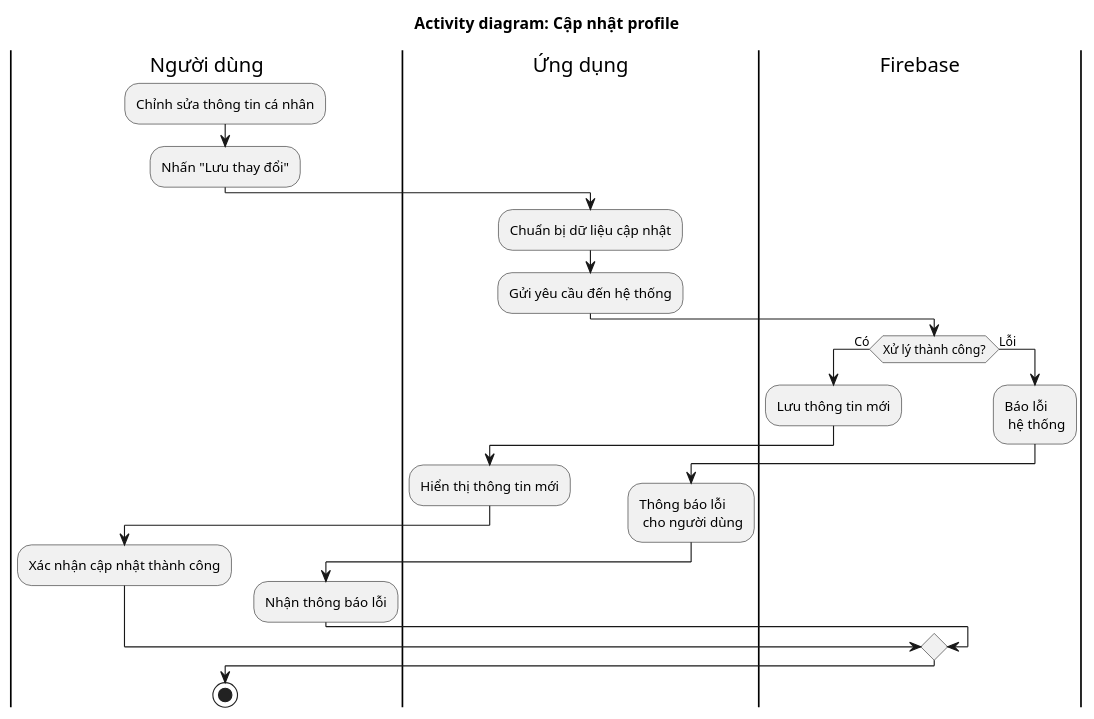
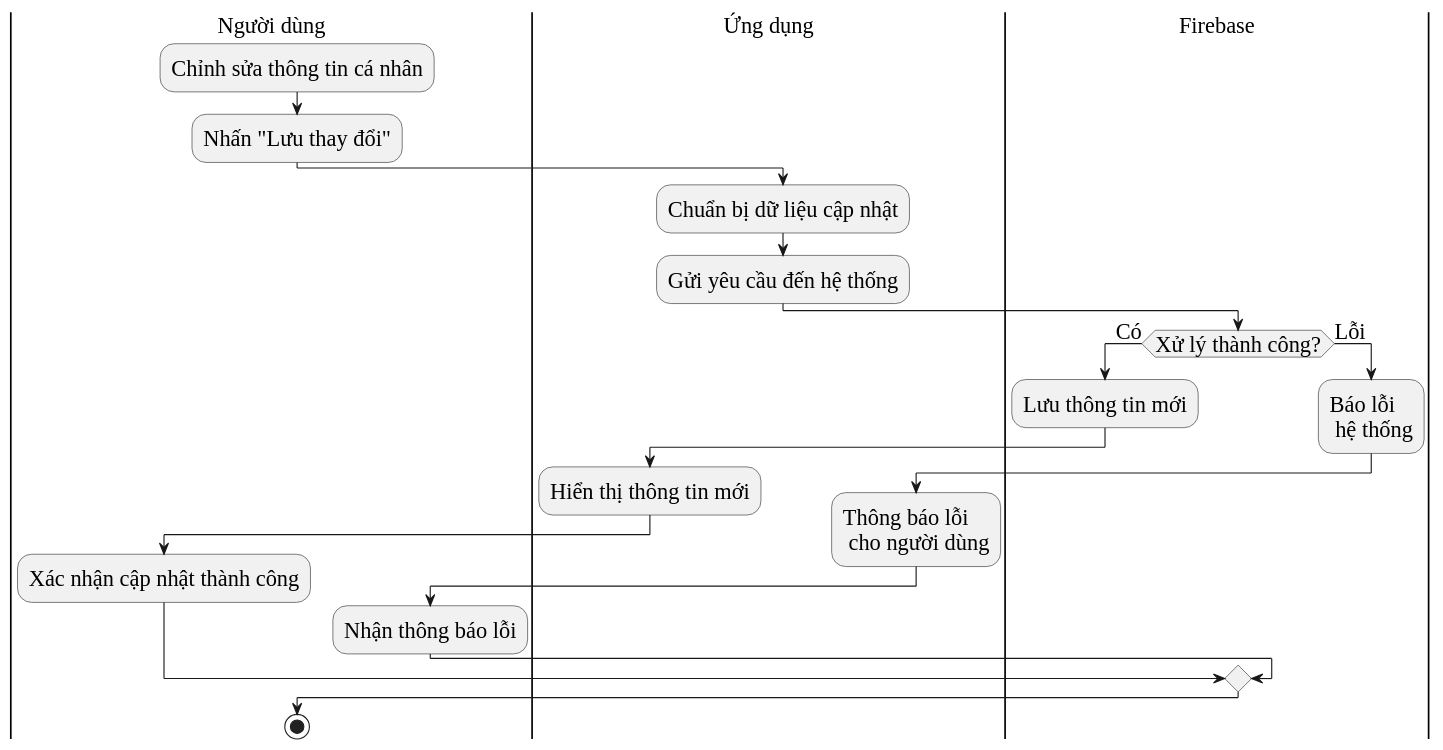
One commit to thecodinglife320/CookGood changed the diagram in diagram/update_profile.puml. Above: the diagram before and after it, drawn with PlantUML. The commit also changed 57 other files, not shown here.

```diff
--- a/diagram/update_profile.puml
+++ b/diagram/update_profile.puml
@@ -1,29 +1,30 @@
 @startuml
-title Activity diagram: Cập nhật profile
+skinparam DefaultFontName "Liberation Serif"
+skinparam DefaultFontSize 20
 
 |Người dùng|
 :Chỉnh sửa thông tin cá nhân;
 :Nhấn "Lưu thay đổi";
 
 |Ứng dụng|
 :Chuẩn bị dữ liệu cập nhật;
 :Gửi yêu cầu đến hệ thống;
 
 |Firebase|
 if (Xử lý thành công?) then (Có)
   :Lưu thông tin mới;
   |Ứng dụng|
   :Hiển thị thông tin mới;
   |Người dùng|
   :Xác nhận cập nhật thành công;
 else (Lỗi)
   |Firebase|
   :Báo lỗi \n hệ thống;
   |Ứng dụng|
   :Thông báo lỗi \n cho người dùng;
   |Người dùng|
   :Nhận thông báo lỗi;
 endif
 
 stop
 @enduml
```
